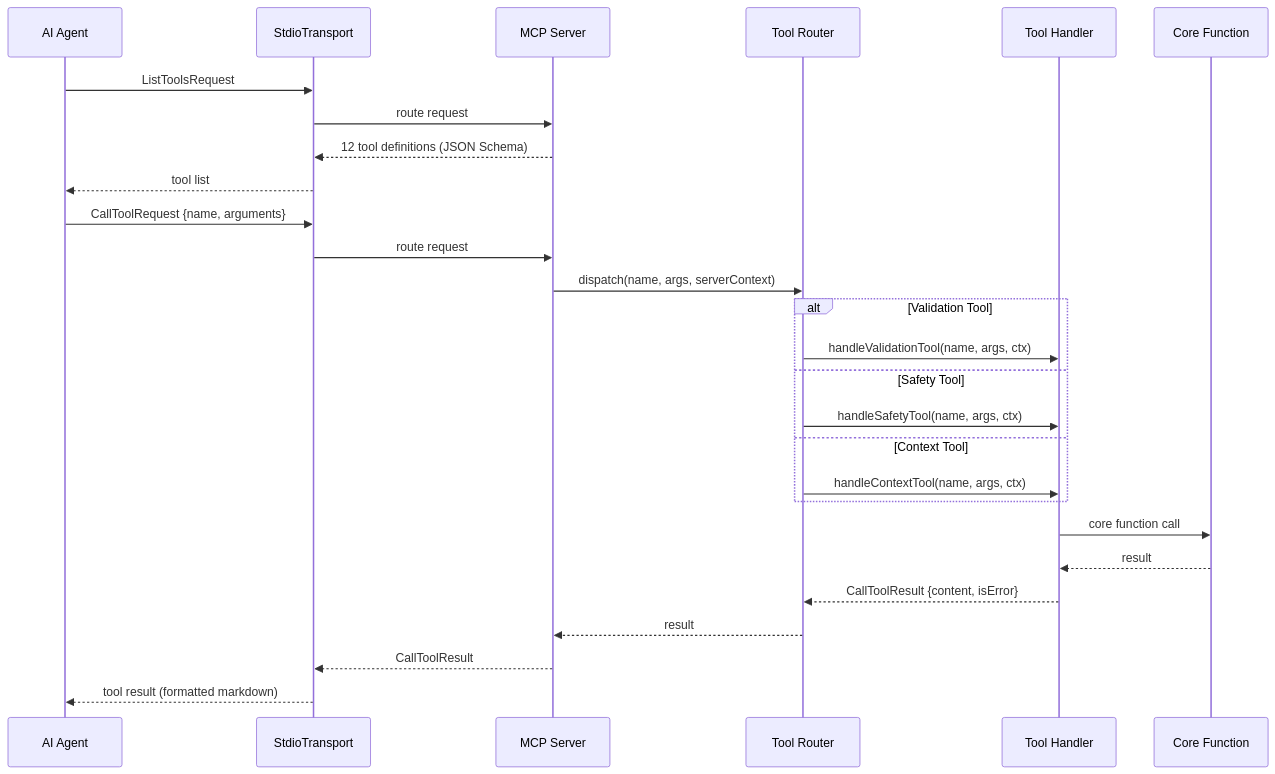
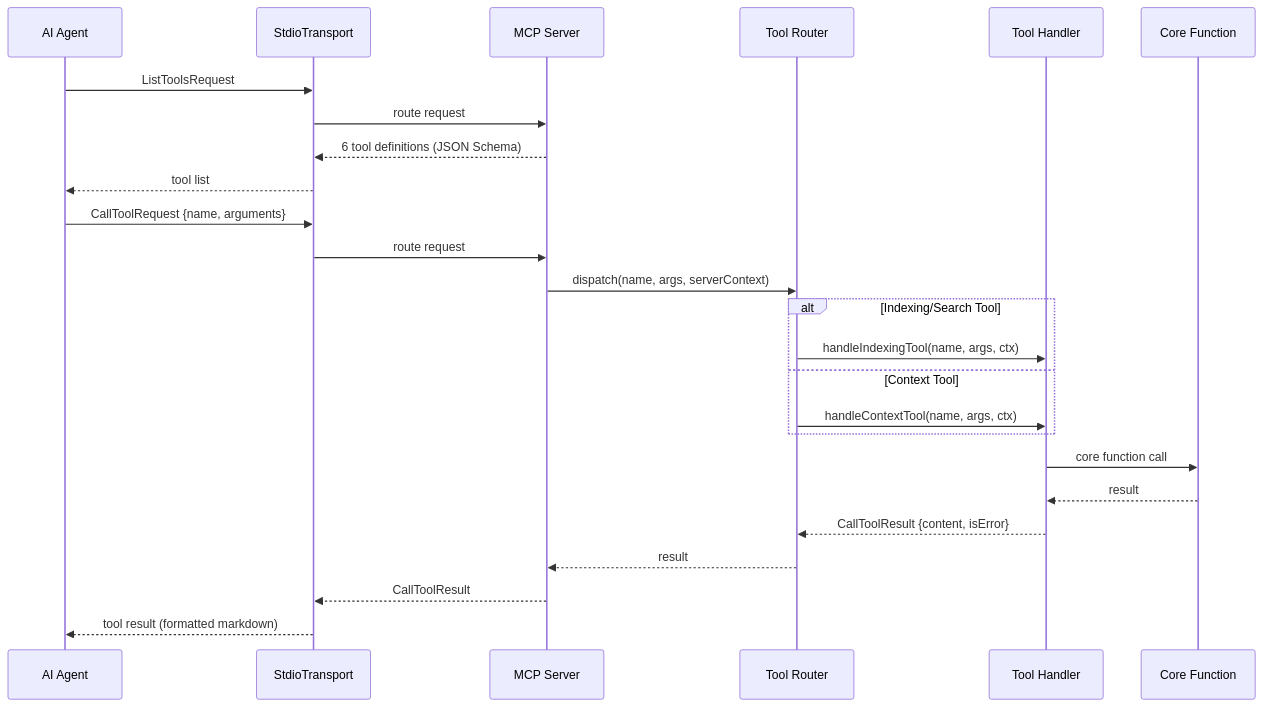
Before and after one commit to nella-labs/nella: the seventh of 23 diagrams in docs/architecture.md, drawn with Mermaid. The commit also changed other lines of this file and 23 other files, not shown here.

````diff
--- a/docs/architecture.md
+++ b/docs/architecture.md
@@ -460,33 +371,31 @@
 ```mermaid
 sequenceDiagram
     participant A as AI Agent
     participant T as StdioTransport
     participant S as MCP Server
     participant R as Tool Router
     participant H as Tool Handler
     participant F as Core Function
 
     A->>T: ListToolsRequest
     T->>S: route request
-    S-->>T: 12 tool definitions (JSON Schema)
+    S-->>T: 6 tool definitions (JSON Schema)
     T-->>A: tool list
 
     A->>T: CallToolRequest {name, arguments}
     T->>S: route request
     S->>R: dispatch(name, args, serverContext)
 
-    alt Validation Tool
-        R->>H: handleValidationTool(name, args, ctx)
-    else Safety Tool
-        R->>H: handleSafetyTool(name, args, ctx)
+    alt Indexing/Search Tool
+        R->>H: handleIndexingTool(name, args, ctx)
     else Context Tool
         R->>H: handleContextTool(name, args, ctx)
     end
 
     H->>F: core function call
     F-->>H: result
     H-->>R: CallToolResult {content, isError}
     R-->>S: result
     S-->>T: CallToolResult
     T-->>A: tool result (formatted markdown)
 ```
````
